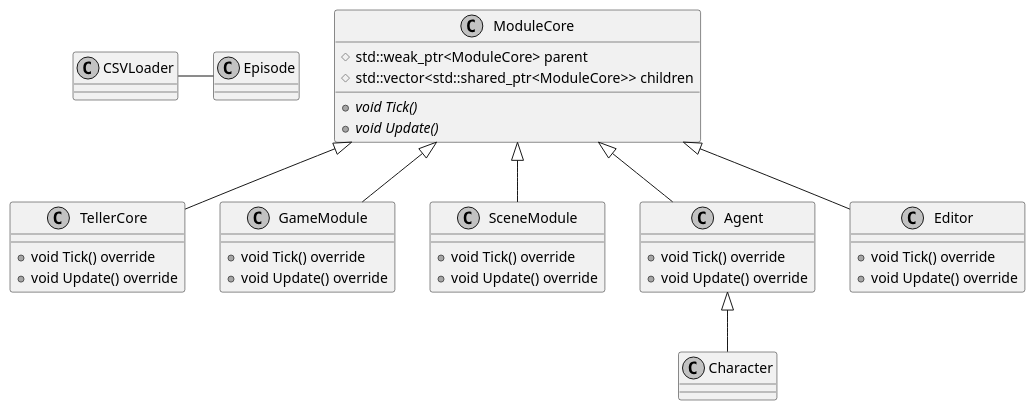
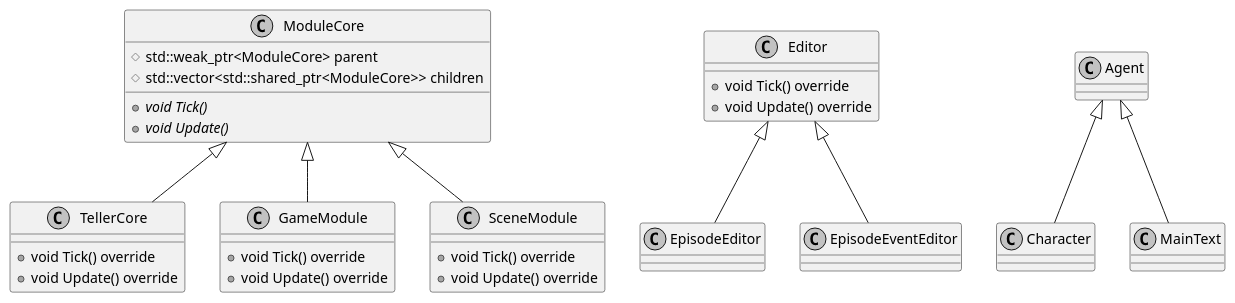
Before and after one commit to takiren/Teller: the diagram in plantuml/classdiagram.pu, drawn with PlantUML. The commit also changed 24 other files, not shown here.

```diff
--- a/plantuml/classdiagram.pu
+++ b/plantuml/classdiagram.pu
@@ -1,54 +1,47 @@
 @startuml ClassDiagram
 
 skinparam {
     monochrome true
     padding 1
 }
 
 class ModuleCore{
     #std::weak_ptr<ModuleCore> parent
     #std::vector<std::shared_ptr<ModuleCore>> children
     +{abstract} void Tick()
     +{abstract} void Update()
 }
 
 class TellerCore{
     +void Tick() override
     +void Update() override
 }
 class GameModule{
     +void Tick() override
     +void Update() override
 }
 class SceneModule{
     +void Tick() override
     +void Update() override
 }
-class Agent{
-    +void Tick() override
-    +void Update() override
-}
+
 class Editor{
     +void Tick() override
     +void Update() override
 }
 
 class Character{}
 
-
-class CSVLoader{
-}
-
-class Episode{
-}
-
+class MainText{}
+class EpisodeEditor{}
+class EpisodeEventEditor{}
 
 ModuleCore <|-- TellerCore
 ModuleCore <|-- GameModule
 ModuleCore <|-- SceneModule
-ModuleCore <|-- Agent
 Agent <|-- Character 
-ModuleCore <|-- Editor
-CSVLoader -Episode
+Agent <|-- MainText
+Editor <|-- EpisodeEditor
+Editor <|-- EpisodeEventEditor
 
 @enduml
```
